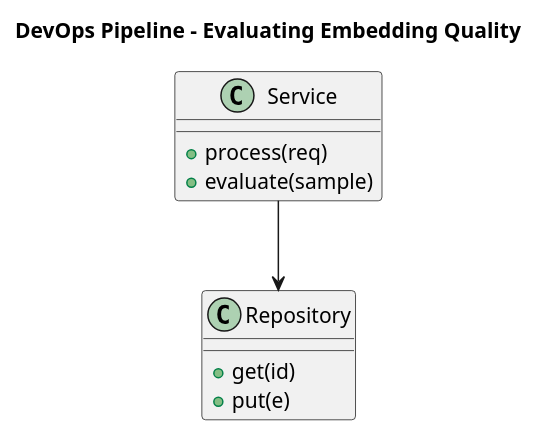
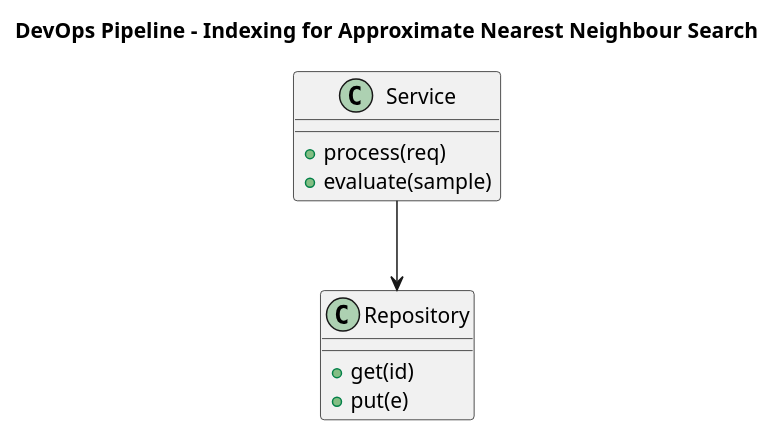
Before and after one commit to ankit05121980/AI-University: the diagram in content/embeddings/embeddings-foundations/diagrams/fig-011-devops-pipeline.puml, drawn with PlantUML. The commit also changed 408 other files, not shown here.

First line of the commit message:
Chapter-paginated reader, fix horizontal scroll, richer diagrams + UI

```diff
--- a/content/embeddings/embeddings-foundations/diagrams/fig-011-devops-pipeline.puml
+++ b/content/embeddings/embeddings-foundations/diagrams/fig-011-devops-pipeline.puml
@@ -1,12 +1,12 @@
 @startuml
-title DevOps Pipeline - Evaluating Embedding Quality
+title DevOps Pipeline - Indexing for Approximate Nearest Neighbour Search
 class Service {
   +process(req)
   +evaluate(sample)
 }
 class Repository {
   +get(id)
   +put(e)
 }
 Service --> Repository
 @enduml
```
